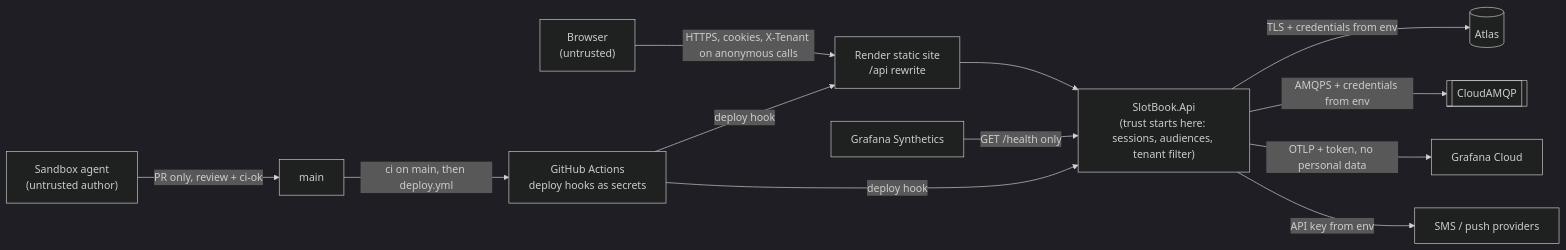
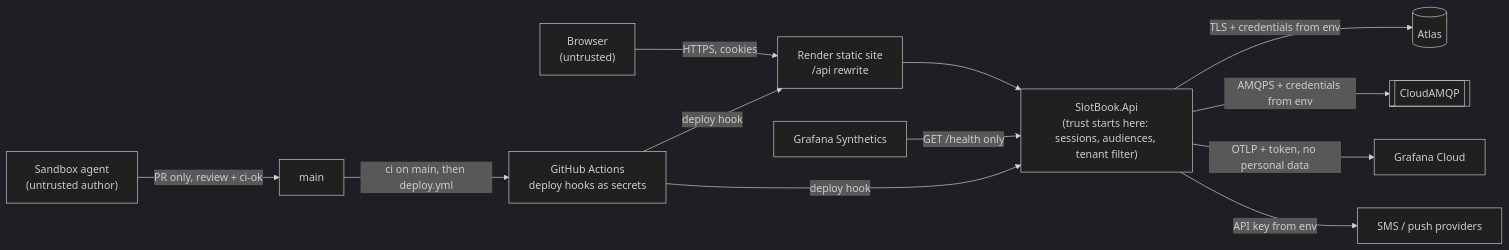
The diagram in _bmad-output/initiative-booking-management/architecture-slotbook/threat-model.md (ashik71/bookingSystem), drawn with Mermaid (dark theme) before and after one commit. The commit also changed other lines of this file and 6 other files, not shown here.

First line of the commit message:
docs: architecture spine final — single tenant, free hosting, review fixes

````diff
--- a/_bmad-output/initiative-booking-management/architecture-slotbook/threat-model.md
+++ b/_bmad-output/initiative-booking-management/architecture-slotbook/threat-model.md
@@ -44,14 +44,14 @@
 ```mermaid
 flowchart LR
-    B["Browser<br/>(untrusted)"] -->|"HTTPS, cookies, X-Tenant on anonymous calls"| S["Render static site<br/>/api rewrite"]
+    B["Browser<br/>(untrusted)"] -->|"HTTPS, cookies"| S["Render static site<br/>/api rewrite"]
     S --> A["SlotBook.Api<br/>(trust starts here: sessions, audiences, tenant filter)"]
     A -->|"TLS + credentials from env"| M[("Atlas")]
     A -->|"AMQPS + credentials from env"| R[["CloudAMQP"]]
     A -->|"OTLP + token, no personal data"| G["Grafana Cloud"]
     A -->|"API key from env"| P["SMS / push providers"]
     Y["Grafana Synthetics"] -->|"GET /health only"| A
     Dev["Sandbox agent<br/>(untrusted author)"] -->|"PR only, review + ci-ok"| Repo["main"]
     Repo -->|"ci on main, then deploy.yml"| GA["GitHub Actions<br/>deploy hooks as secrets"]
     GA -->|"deploy hook"| S
     GA -->|"deploy hook"| A
 ```
````
